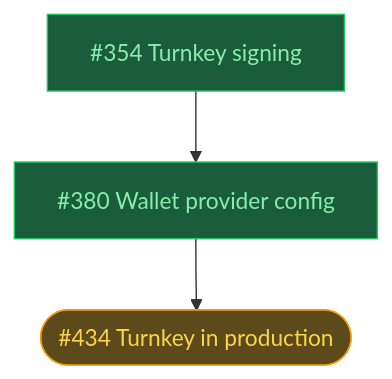
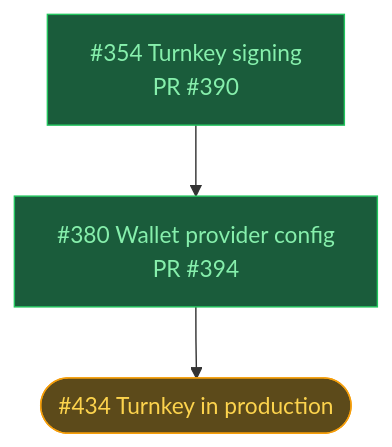
One commit to ST0x-Technology/st0x.liquidity changed the fourth of 8 diagrams in ROADMAP.md. Above: the diagram before and after it, drawn with Mermaid. The commit also changed other lines of this file, not shown here.

Commit message:
roadmap: add 'ready' state for stackable dependencies, re-evaluate all graphs

````diff
--- a/ROADMAP.md
+++ b/ROADMAP.md
@@ -155,16 +163,15 @@
 ```mermaid
 graph TD
-    classDef blocked fill:#5c1a1a,stroke:#ef4444,color:#fca5a5
-    classDef todo fill:#5c4a1a,stroke:#f59e0b,color:#fcd34d
+    classDef ready fill:#5c4a1a,stroke:#f59e0b,color:#fcd34d
     classDef done fill:#1a5c3b,stroke:#22c55e,color:#86efac
 
-    id354["#354 Turnkey signing"]:::done
-    id380["#380 Wallet provider config"]:::done
-    id434(["#434 Turnkey in production"]):::todo
+    id354["#354 Turnkey signing<br/>PR #390"]:::done
+    id380["#380 Wallet provider config<br/>PR #394"]:::done
+    id434(["#434 Turnkey in production"]):::ready
 
     id354 --> id380 --> id434
 
     click id354 href "https://github.com/ST0x-Technology/st0x.liquidity/issues/354"
     click id380 href "https://github.com/ST0x-Technology/st0x.liquidity/issues/380"
     click id434 href "https://github.com/ST0x-Technology/st0x.liquidity/issues/434"
 ```
````
